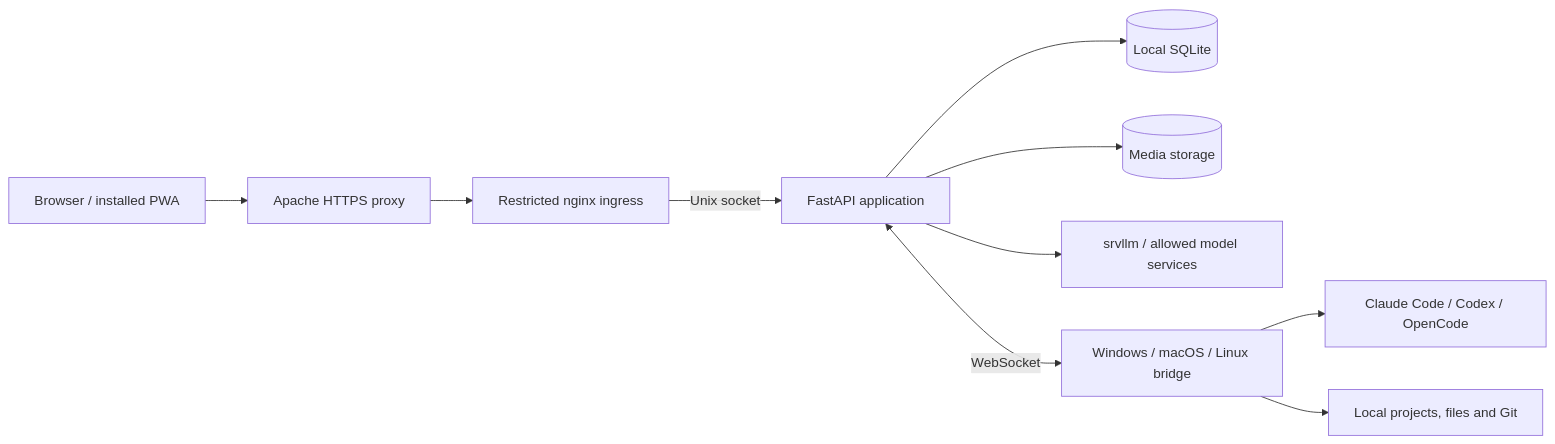
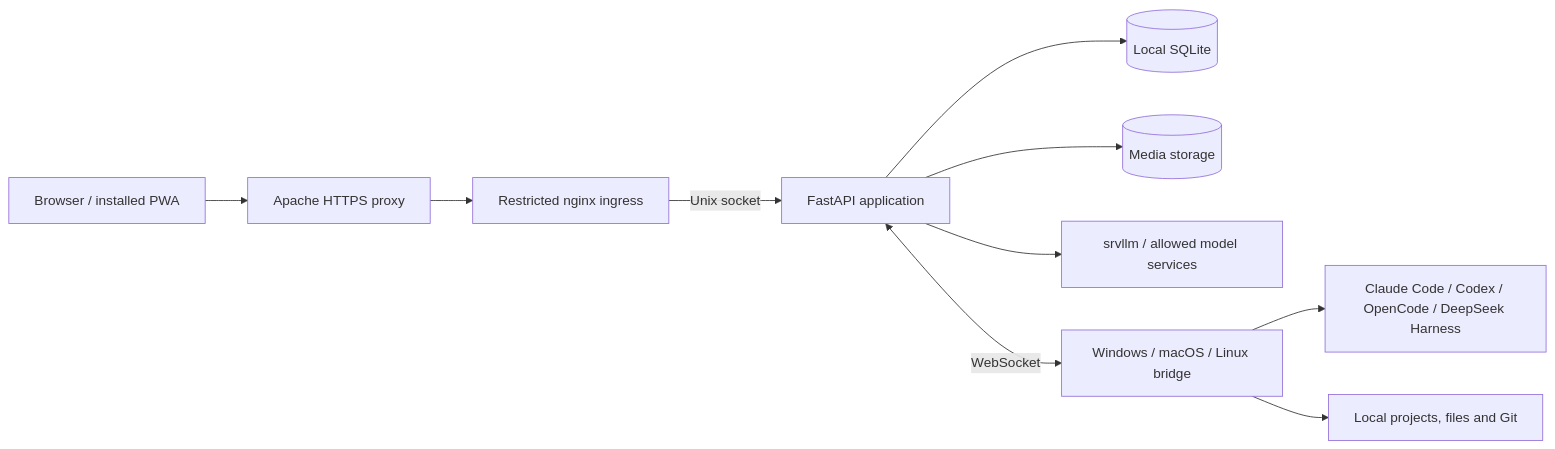
One commit to guru431/studio changed the diagram in README.md. Above: the diagram before and after it, drawn with Mermaid. The commit also changed other lines of this file and 16 other files, not shown here.

````diff
--- a/README.md
+++ b/README.md
@@ -226,12 +227,12 @@
 ```mermaid
 flowchart LR
     UI["Browser / installed PWA"] --> HTTPS["Apache HTTPS proxy"]
     HTTPS --> NGINX["Restricted nginx ingress"]
     NGINX -->|Unix socket| APP["FastAPI application"]
     APP --> DB[("Local SQLite")]
     APP --> MEDIA[("Media storage")]
     APP --> MODELS["srvllm / allowed model services"]
     APP <-->|WebSocket| BRIDGE["Windows / macOS / Linux bridge"]
-    BRIDGE --> CLI["Claude Code / Codex / OpenCode"]
+    BRIDGE --> CLI["Claude Code / Codex / OpenCode / DeepSeek Harness"]
     BRIDGE --> PROJECTS["Local projects, files and Git"]
 ```
````
